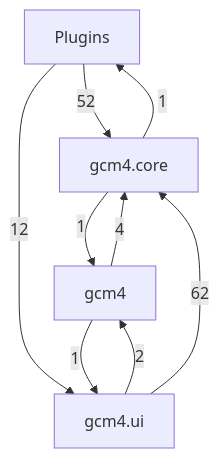
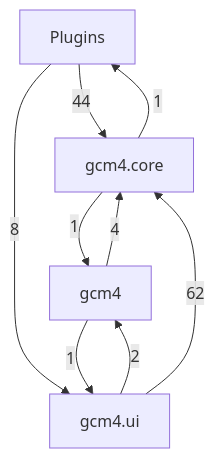
The first of 5 diagrams in docs/class-diagram.md (Mathilde-Team/Gcm4), drawn with Mermaid before and after one commit. The commit also changed other lines of this file, not shown here.

Commit message:
fix(#396): diagramme de classes régénéré sans doublons après fusion

````diff
--- a/docs/class-diagram.md
+++ b/docs/class-diagram.md
@@ -21,15 +21,15 @@
 ```mermaid
 flowchart TD
     g0["Plugins"]
     g1["gcm4"]
     g2["gcm4.core"]
     g3["gcm4.ui"]
-    g0 -->|52| g2
-    g0 -->|12| g3
+    g0 -->|44| g2
+    g0 -->|8| g3
     g1 -->|4| g2
     g1 -->|1| g3
     g2 -->|1| g0
     g2 -->|1| g1
     g3 -->|2| g1
     g3 -->|62| g2
 ```
````
